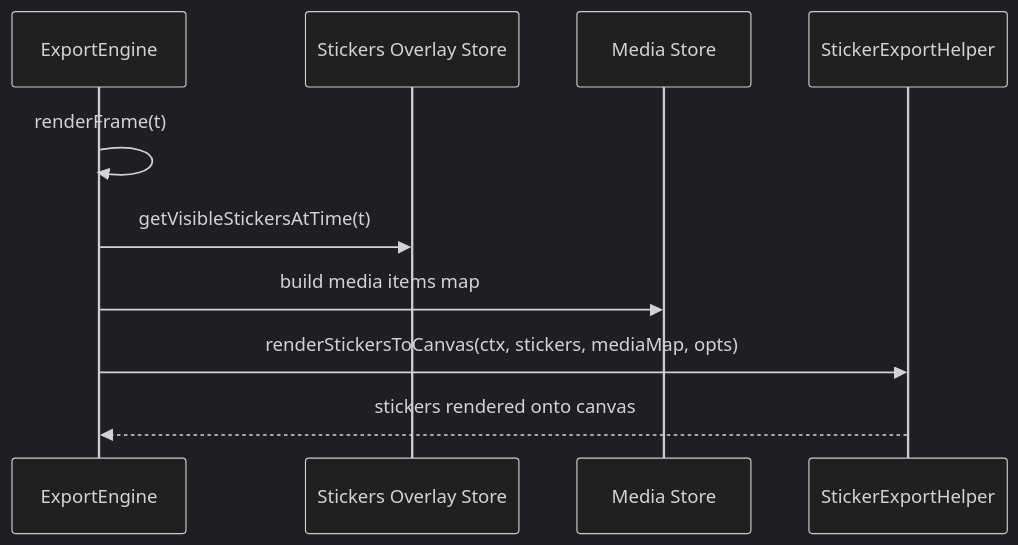
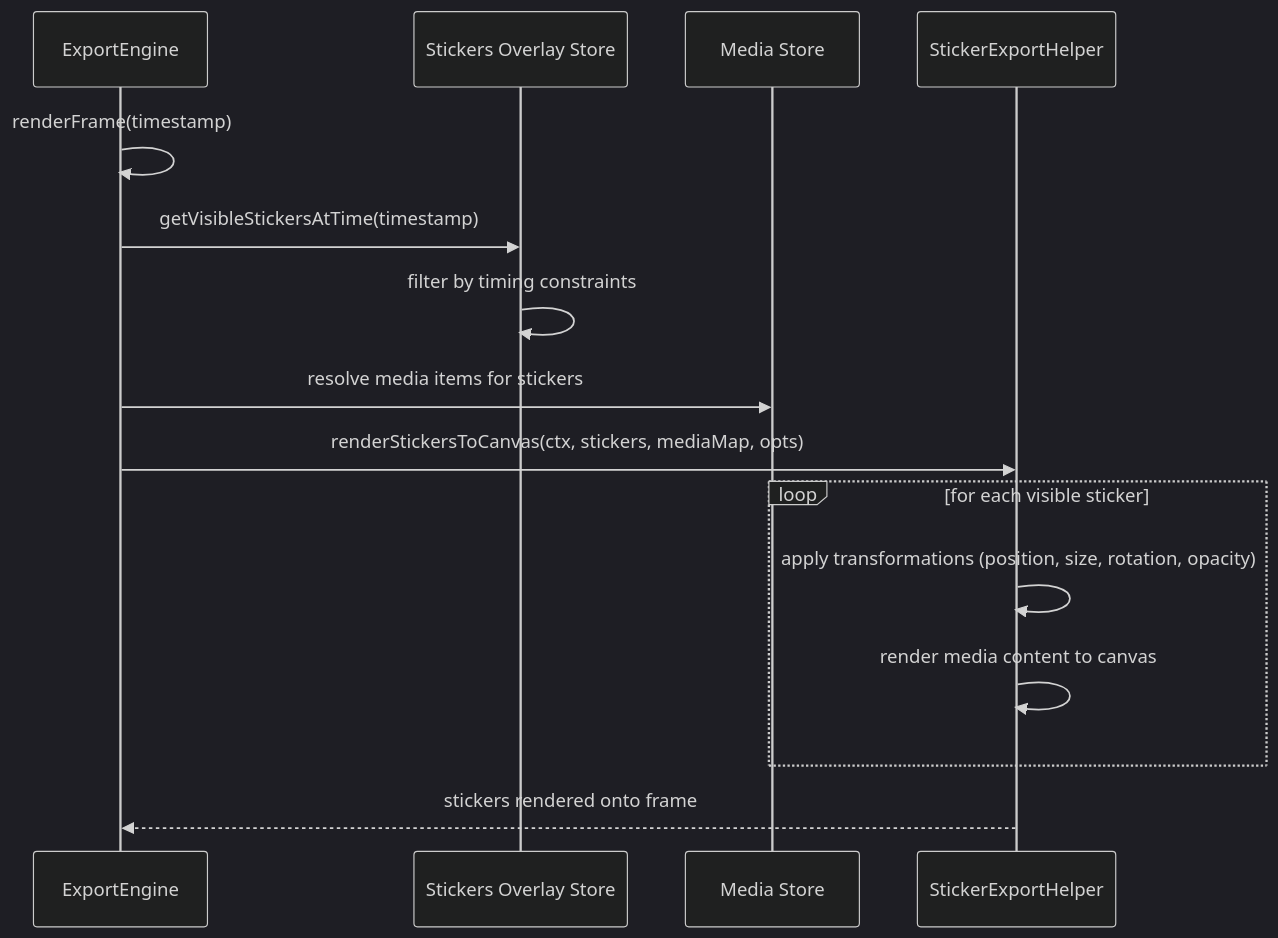
The fourth of 5 diagrams in qcut/docs/task/overview_sticker.md (donghaozhang/qcut), drawn with Mermaid (dark theme) before and after one commit. The commit also changed other lines of this file and 2 other files, not shown here.

Commit message:
LEGENDARY STICKER MASTERY - perfect stickers collection refinement, ultimate drag hook optimization, and comprehensive overview documentation

````diff
--- a/qcut/docs/task/overview_sticker.md
+++ b/qcut/docs/task/overview_sticker.md
@@ -39,13 +120,20 @@
 ```mermaid
 sequenceDiagram
   participant EE as ExportEngine
   participant SO as Stickers Overlay Store
   participant MS as Media Store
   participant SE as StickerExportHelper
 
-  EE->>EE: renderFrame(t)
-  EE->>SO: getVisibleStickersAtTime(t)
-  EE->>MS: build media items map
+  EE->>EE: renderFrame(timestamp)
+  EE->>SO: getVisibleStickersAtTime(timestamp)
+  SO->>SO: filter by timing constraints
+  EE->>MS: resolve media items for stickers
   EE->>SE: renderStickersToCanvas(ctx, stickers, mediaMap, opts)
-  SE-->>EE: stickers rendered onto canvas
+  
+  loop for each visible sticker
+    SE->>SE: apply transformations (position, size, rotation, opacity)
+    SE->>SE: render media content to canvas
+  end
+  
+  SE-->>EE: stickers rendered onto frame
 ```
````
